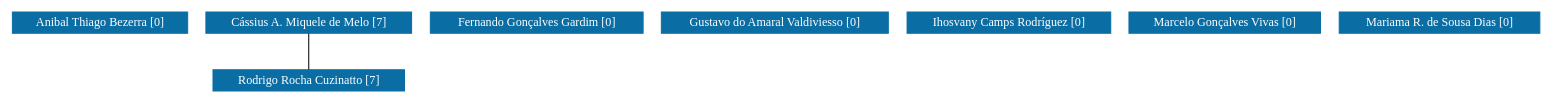
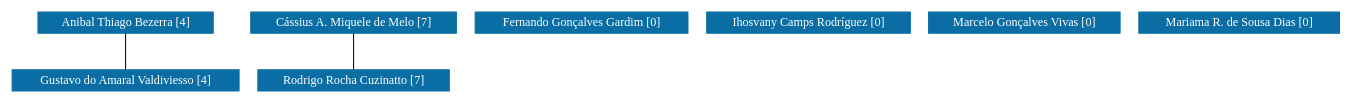
Before and after one commit to icamps/unifal-lattes.github.io: the diagram in PPGF-UNIFAL/grafoDeColaboracoesSemPesos.dot, drawn with Graphviz. The commit also changed 833 other files, not shown here.

```diff
--- a/PPGF-UNIFAL/grafoDeColaboracoesSemPesos.dot
+++ b/PPGF-UNIFAL/grafoDeColaboracoesSemPesos.dot
@@ -1,68 +1,69 @@
 strict graph grafo1 {
-	graph [bb="0,0,1253,78",
+	graph [bb="0,0,1085,78",
 		id=grafo1,
 		overlap=False
 	];
 	node [fontsize=12,
 		label="\N",
 		shape=rectangle,
 		style=filled
 	];
 	0	 [URL="membro-8478305453281130.html",
 		color="#0A6EA4",
 		fontcolor="#FFFFFF",
 		height=0.29167,
-		label="Anibal Thiago Bezerra [0]",
-		pos="71.5,67.5",
+		label="Anibal Thiago Bezerra [4]",
+		pos="91.5,67.5",
 		width=1.9861];
+	3	 [URL="membro-4023778019418442.html",
+		color="#0A6EA4",
+		fontcolor="#FFFFFF",
+		height=0.29167,
+		label="Gustavo do Amaral Valdiviesso [4]",
+		pos="91.5,10.5",
+		width=2.5417];
+	0 -- 3	 [pos="91.5,56.779 91.5,46.588 91.5,31.348 91.5,21.173"];
 	1	 [URL="membro-4002033080997386.html",
 		color="#0A6EA4",
 		fontcolor="#FFFFFF",
 		height=0.29167,
 		label="Cássius A. Miquele de Melo [7]",
-		pos="244.5,67.5",
+		pos="278.5,67.5",
 		width=2.3194];
 	6	 [URL="membro-8073303573679522.html",
 		color="#0A6EA4",
 		fontcolor="#FFFFFF",
 		height=0.29167,
 		label="Rodrigo Rocha Cuzinatto [7]",
-		pos="244.5,10.5",
+		pos="278.5,10.5",
 		width=2.1389];
-	1 -- 6	 [pos="244.5,56.779 244.5,46.588 244.5,31.348 244.5,21.173"];
+	1 -- 6	 [pos="278.5,56.779 278.5,46.588 278.5,31.348 278.5,21.173"];
 	2	 [URL="membro-2425549033248106.html",
 		color="#0A6EA4",
 		fontcolor="#FFFFFF",
 		height=0.29167,
 		label="Fernando Gonçalves Gardim [0]",
-		pos="431.5,67.5",
+		pos="465.5,67.5",
 		width=2.3611];
-	3	 [URL="membro-4023778019418442.html",
-		color="#0A6EA4",
-		fontcolor="#FFFFFF",
-		height=0.29167,
-		label="Gustavo do Amaral Valdiviesso [0]",
-		pos="626.5,67.5",
-		width=2.5417];
 	4	 [URL="membro-3732563704810366.html",
 		color="#0A6EA4",
 		fontcolor="#FFFFFF",
 		height=0.29167,
 		label="Ihosvany Camps Rodríguez [0]",
-		pos="818.5,67.5",
+		pos="650.5,67.5",
 		width=2.2778];
 	5	 [URL="membro-1312049227898761.html",
 		color="#0A6EA4",
 		fontcolor="#FFFFFF",
 		height=0.29167,
 		label="Marcelo Gonçalves Vivas [0]",
-		pos="996.5,67.5",
+		pos="828.5,67.5",
 		width=2.1528];
 	7	 [URL="membro-9972552337847809.html",
 		color="#0A6EA4",
 		fontcolor="#FFFFFF",
 		height=0.29167,
 		label="Mariama R. de Sousa Dias [0]",
-		pos="1172.5,67.5",
+		pos="1004.5,67.5",
 		width=2.2361];
 }
```
